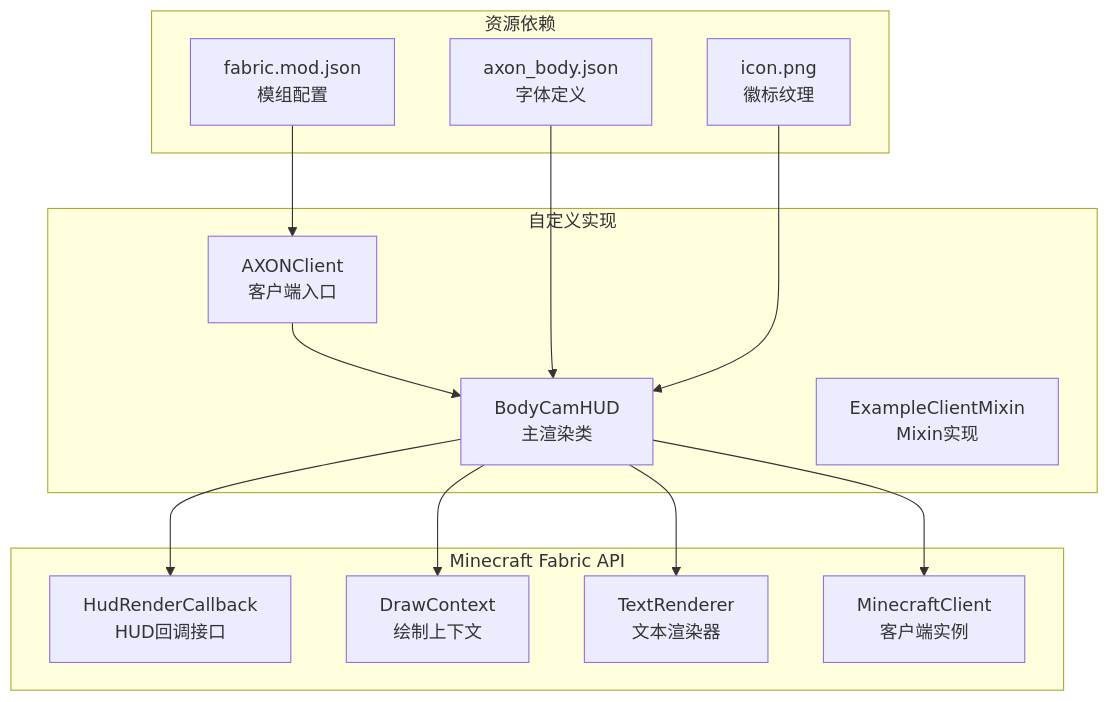
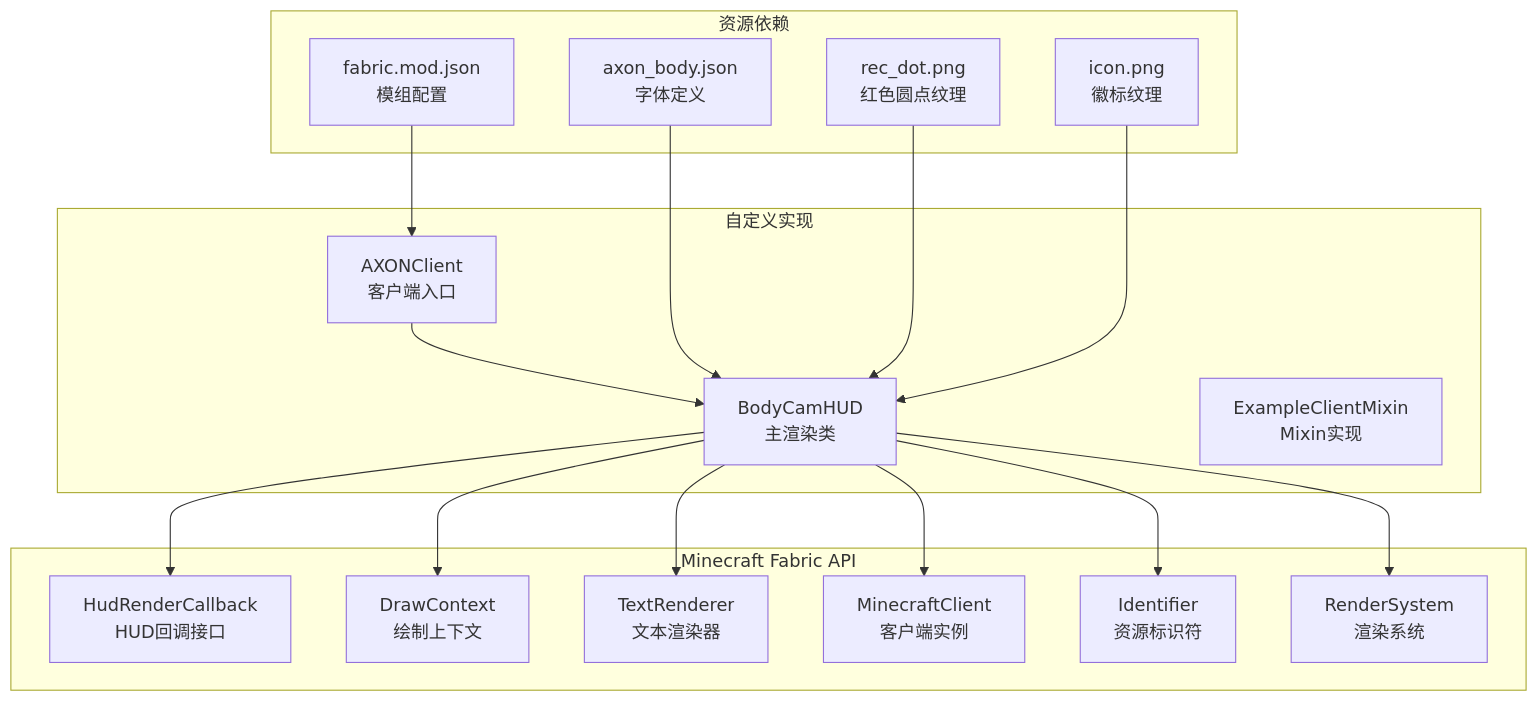
One commit to Manager20211/AxonBodyCam2 changed the fifth of 6 diagrams in .qoder/repowiki/zh/content/核心功能/录制指示器功能.md. Above: the diagram before and after it, drawn with Mermaid. The commit also changed other lines of this file and 11 other files, not shown here.

````diff
--- a/.qoder/repowiki/zh/content/核心功能/录制指示器功能.md
+++ b/.qoder/repowiki/zh/content/核心功能/录制指示器功能.md
@@ -248,27 +233,33 @@
 ```mermaid
 graph TB
 subgraph "Minecraft Fabric API"
 A[HudRenderCallback<br/>HUD回调接口]
 B[DrawContext<br/>绘制上下文]
 C[TextRenderer<br/>文本渲染器]
 D[MinecraftClient<br/>客户端实例]
+E[Identifier<br/>资源标识符]
+F[RenderSystem<br/>渲染系统]
 end
 subgraph "自定义实现"
-E[BodyCamHUD<br/>主渲染类]
-F[AXONClient<br/>客户端入口]
-G[ExampleClientMixin<br/>Mixin实现]
+G[BodyCamHUD<br/>主渲染类]
+H[AXONClient<br/>客户端入口]
+I[ExampleClientMixin<br/>Mixin实现]
 end
 subgraph "资源依赖"
-H[fabric.mod.json<br/>模组配置]
-I[axon_body.json<br/>字体定义]
-J[icon.png<br/>徽标纹理]
+J[fabric.mod.json<br/>模组配置]
+K[axon_body.json<br/>字体定义]
+L[rec_dot.png<br/>红色圆点纹理]
+M[icon.png<br/>徽标纹理]
 end
-E --> A
-E --> B
-E --> C
-E --> D
-F --> E
-H --> F
-I --> E
-J --> E
+G --> A
+G --> B
+G --> C
+G --> D
+G --> E
+G --> F
+H --> G
+J --> H
+K --> G
+L --> G
+M --> G
 ```
````
